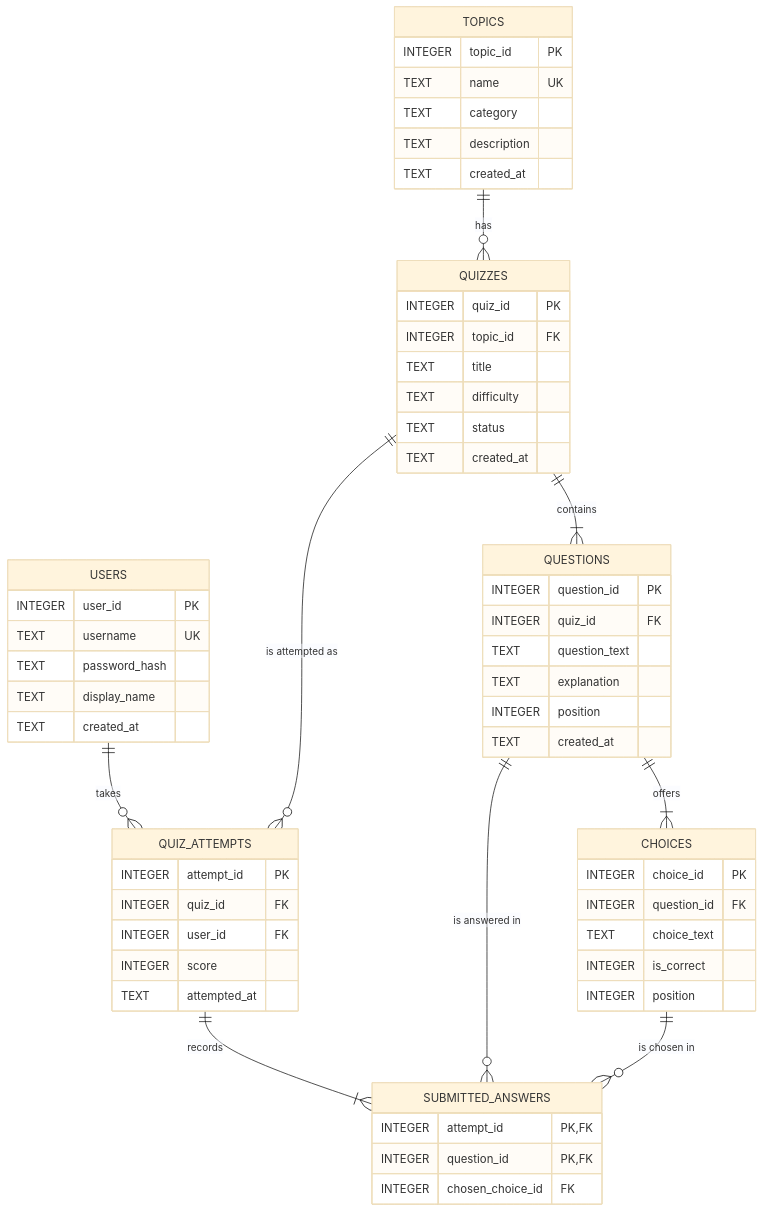
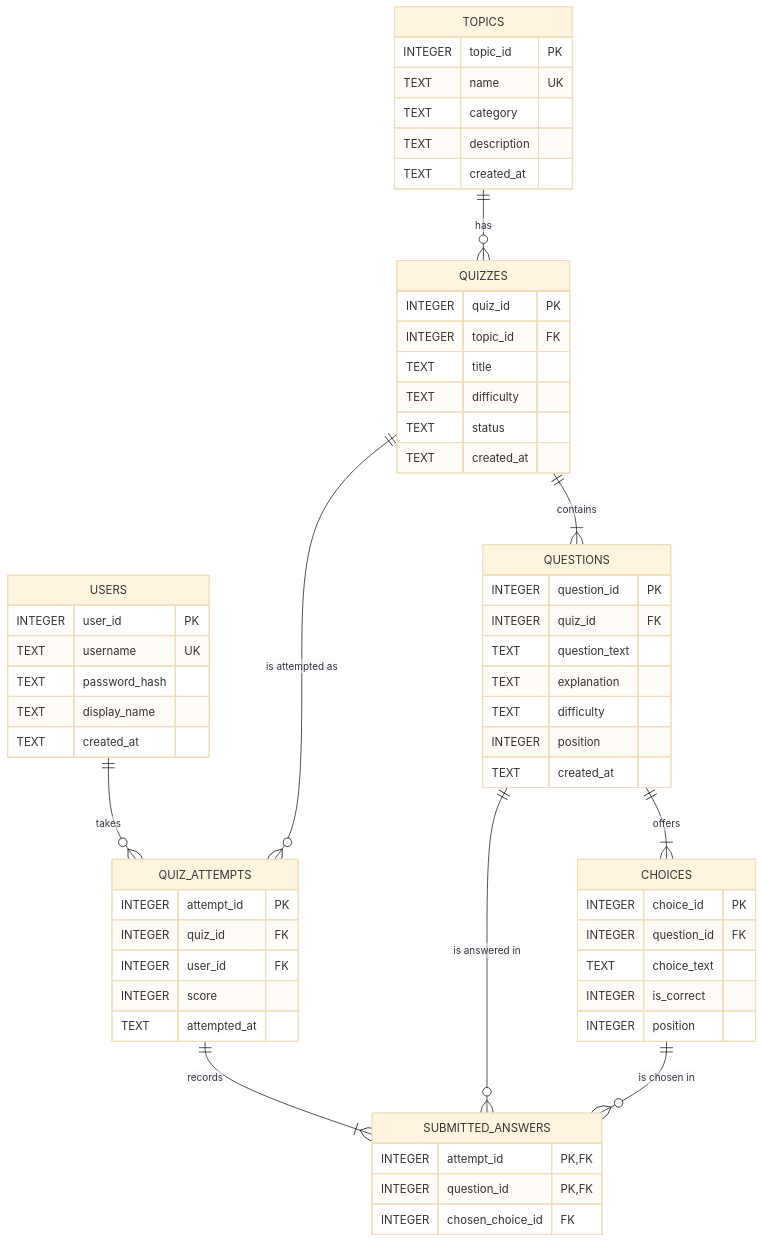
The diagram in docs/erd.md (Shuash11/codequest), drawn with Mermaid (base theme) before and after one commit. The commit also changed other lines of this file and 38 other files, not shown here.

````diff
--- a/docs/erd.md
+++ b/docs/erd.md
@@ -12,67 +14,68 @@
 ```mermaid
 erDiagram
     USERS {
         INTEGER user_id PK
         TEXT username UK
         TEXT password_hash
         TEXT display_name
         TEXT created_at
     }
 
     TOPICS {
         INTEGER topic_id PK
         TEXT name UK
         TEXT category
         TEXT description
         TEXT created_at
     }
 
     QUIZZES {
         INTEGER quiz_id PK
         INTEGER topic_id FK
         TEXT title
         TEXT difficulty
         TEXT status
         TEXT created_at
     }
 
     QUESTIONS {
         INTEGER question_id PK
         INTEGER quiz_id FK
         TEXT question_text
         TEXT explanation
+        TEXT difficulty
         INTEGER position
         TEXT created_at
     }
 
     CHOICES {
         INTEGER choice_id PK
         INTEGER question_id FK
         TEXT choice_text
         INTEGER is_correct
         INTEGER position
     }
 
     QUIZ_ATTEMPTS {
         INTEGER attempt_id PK
         INTEGER quiz_id FK
         INTEGER user_id FK
         INTEGER score
         TEXT attempted_at
     }
 
     SUBMITTED_ANSWERS {
         INTEGER attempt_id PK, FK
         INTEGER question_id PK, FK
         INTEGER chosen_choice_id FK
     }
 
     TOPICS ||--o{ QUIZZES : "has"
     QUIZZES ||--|{ QUESTIONS : "contains"
     QUESTIONS ||--|{ CHOICES : "offers"
     USERS ||--o{ QUIZ_ATTEMPTS : "takes"
     QUIZZES ||--o{ QUIZ_ATTEMPTS : "is attempted as"
     QUIZ_ATTEMPTS ||--|{ SUBMITTED_ANSWERS : "records"
     QUESTIONS ||--o{ SUBMITTED_ANSWERS : "is answered in"
     CHOICES ||--o{ SUBMITTED_ANSWERS : "is chosen in"
 ```
````
